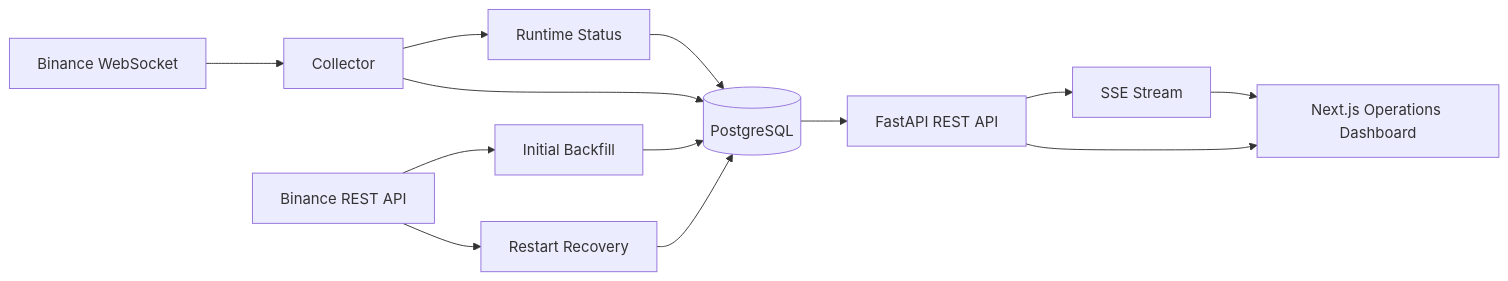
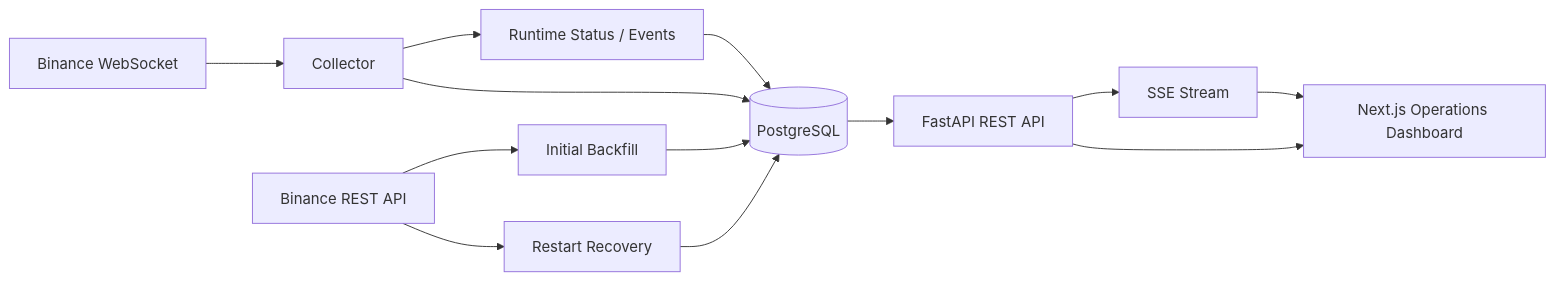
One commit to nno3onn/binance-assignment changed the diagram in README.md. Above: the diagram before and after it, drawn with Mermaid. The commit also changed other lines of this file, not shown here.

````diff
--- a/README.md
+++ b/README.md
@@ -9,15 +56,15 @@
 ```mermaid
 flowchart LR
   BWS["Binance WebSocket"] --> COL["Collector"]
   BREST["Binance REST API"] --> BF["Initial Backfill"]
   BREST --> REC["Restart Recovery"]
-  COL --> ST["Runtime Status"]
+  COL --> ST["Runtime Status / Events"]
   COL --> DB[("PostgreSQL")]
   BF --> DB
   REC --> DB
   ST --> DB
   DB --> API["FastAPI REST API"]
   API --> SSE["SSE Stream"]
   API --> UI["Next.js Operations Dashboard"]
   SSE --> UI
 ```
````
